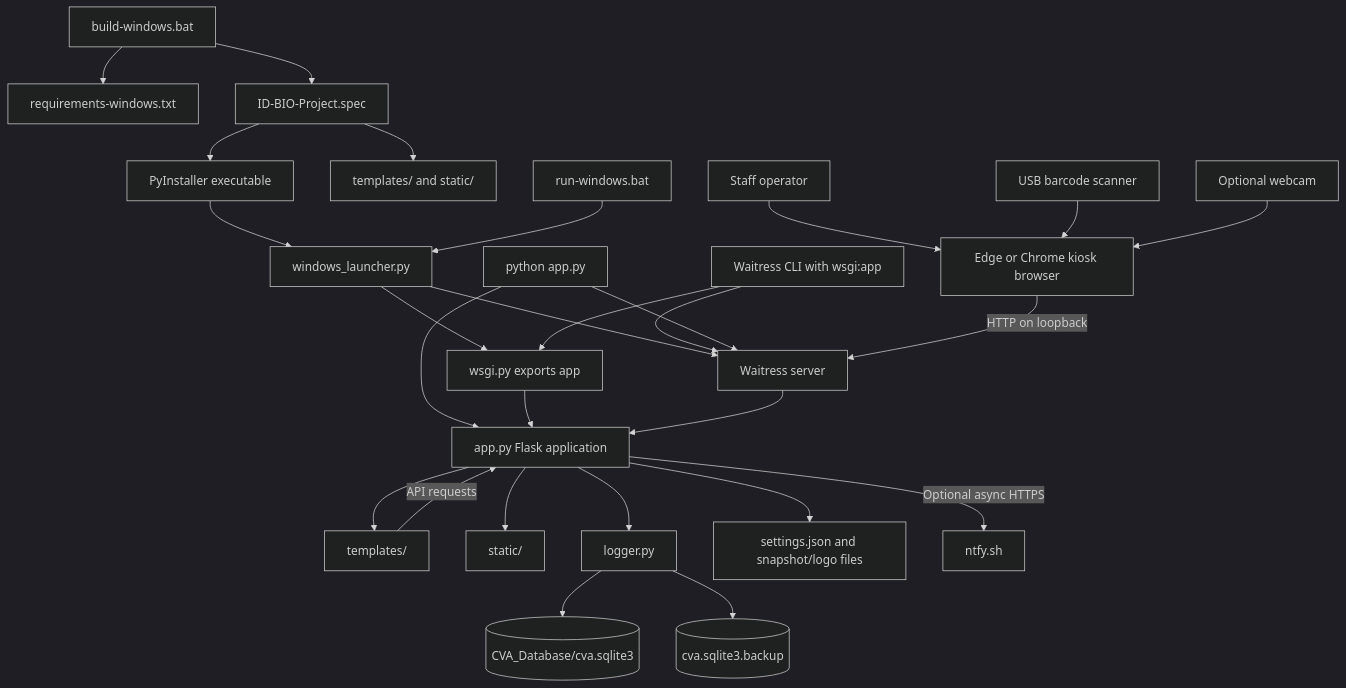
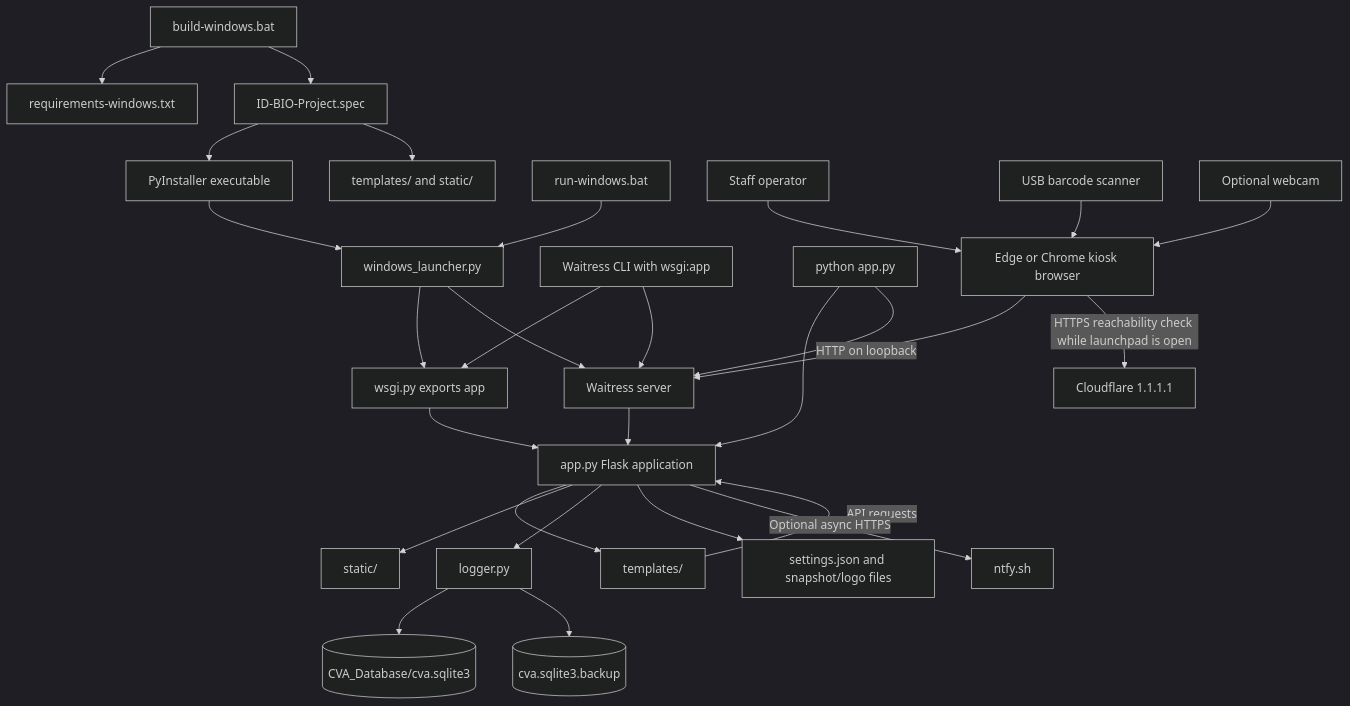
One commit to CVAFPI/ID-BIO-Project changed the first of 2 diagrams in ARCHITECTURE.md. Above: the diagram before and after it, drawn with Mermaid (dark theme). The commit also changed other lines of this file and 12 other files, not shown here.

````diff
--- a/ARCHITECTURE.md
+++ b/ARCHITECTURE.md
@@ -13,29 +13,30 @@
 ```mermaid
 flowchart TD
     Build[build-windows.bat] --> Requirements[requirements-windows.txt]
     Build --> Spec[ID-BIO-Project.spec]
     Spec --> Bundle[PyInstaller executable]
     Spec --> Resources[templates/ and static/]
     Bundle --> Launcher[windows_launcher.py]
     Run[run-windows.bat] --> Launcher
     Launcher --> WSGI[wsgi.py exports app]
     Cli[Waitress CLI with wsgi:app] --> WSGI
     Direct[python app.py] --> App[app.py Flask application]
     WSGI --> App
     Launcher --> Waitress[Waitress server]
     Cli --> Waitress
     Direct --> Waitress
     Operator[Staff operator] --> Browser[Edge or Chrome kiosk browser]
     Scanner[USB barcode scanner] --> Browser
     Camera[Optional webcam] --> Browser
     Browser -->|HTTP on loopback| Waitress
     Waitress --> App
     App --> Pages[templates/]
     App --> Static[static/]
     Pages -->|API requests| App
+    Browser -->|HTTPS reachability check while launchpad is open| Cloudflare[Cloudflare 1.1.1.1]
     App --> Logger[logger.py]
     Logger --> DB[(CVA_Database/cva.sqlite3)]
     Logger --> Backup[(cva.sqlite3.backup)]
     App --> RuntimeFiles[settings.json and snapshot/logo files]
     App -->|Optional async HTTPS| NTFY[ntfy.sh]
 ```
````
